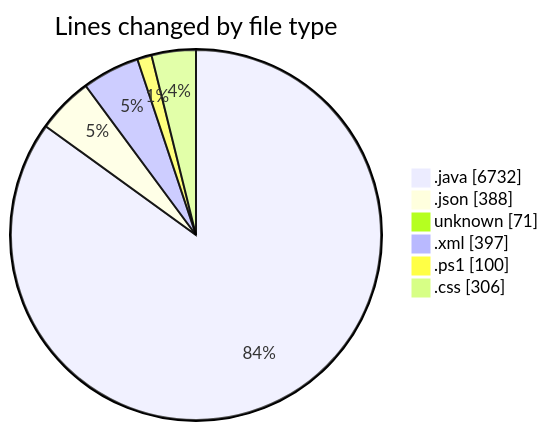
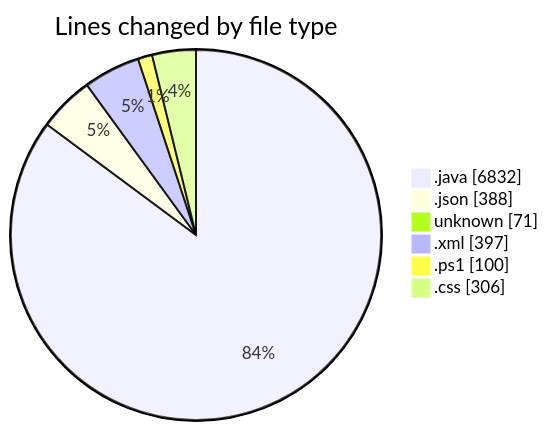
Before and after one commit to charlie-sans/code-tracking: the first of 2 diagrams in 2025-02-25/micros/README.md, drawn with Mermaid. The commit also changed other lines of this file and 1 other file, not shown here.

````diff
--- a/2025-02-25/micros/README.md
+++ b/2025-02-25/micros/README.md
@@ -53,10 +55,10 @@
 ```mermaid
 pie showData
 title Lines changed by file type
-".java" : 6732
+".java" : 6832
 ".json" : 388
 "unknown" : 71
 ".xml" : 397
 ".ps1" : 100
 ".css" : 306
 ```
````
